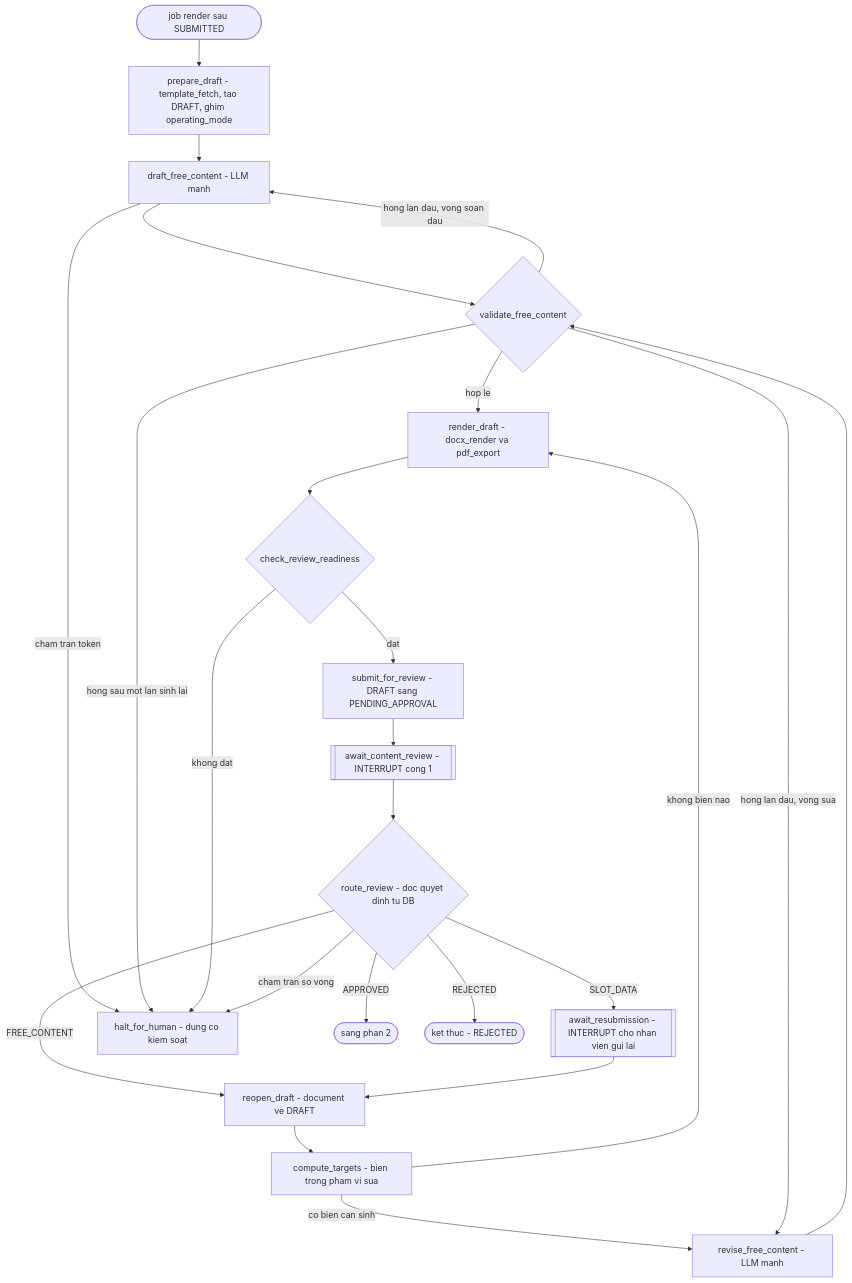
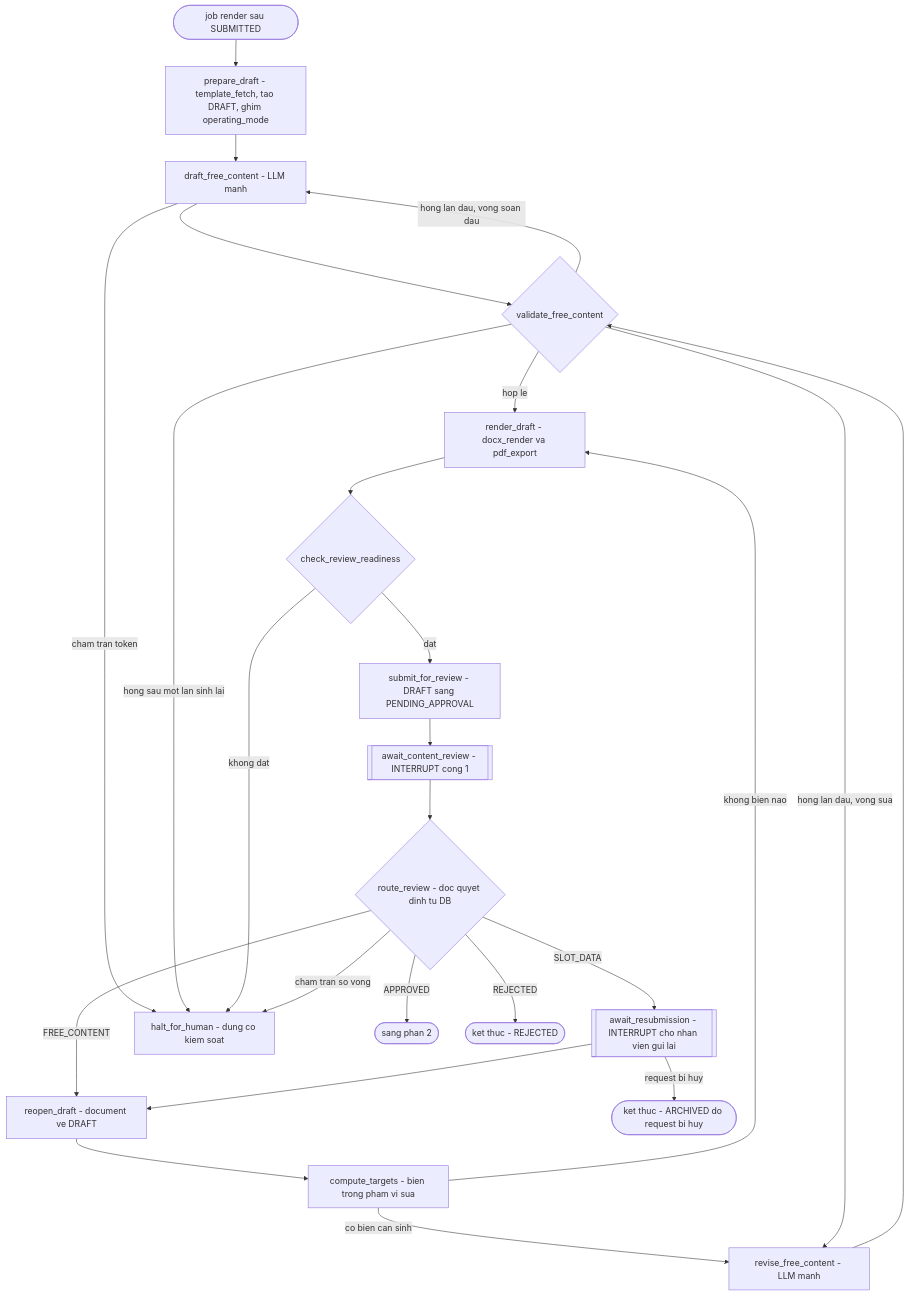
The second of 3 diagrams in docs/design/03-agents.md (CongDuc02/AdminServiceDeskAgent), drawn with Mermaid before and after one commit. The commit also changed other lines of this file and 11 other files, not shown here.

````diff
--- a/docs/design/03-agents.md
+++ b/docs/design/03-agents.md
@@ -437,43 +456,45 @@
 ```mermaid
 flowchart TD
     START_D([job render sau SUBMITTED])
     prepare_draft[prepare_draft - template_fetch, tao DRAFT, ghim operating_mode]
     draft_free_content[draft_free_content - LLM manh]
     validate_free_content{validate_free_content}
     render_draft[render_draft - docx_render va pdf_export]
     check_readiness{check_review_readiness}
     submit_for_review[submit_for_review - DRAFT sang PENDING_APPROVAL]
     await_content_review[[await_content_review - INTERRUPT cong 1]]
     route_review{route_review - doc quyet dinh tu DB}
     reopen_draft[reopen_draft - document ve DRAFT]
     await_resubmission[[await_resubmission - INTERRUPT cho nhan vien gui lai]]
     compute_targets[compute_targets - bien trong pham vi sua]
     revise_free_content[revise_free_content - LLM manh]
     halt_for_human[halt_for_human - dung co kiem soat]
     TO_POST([sang phan 2])
     END_R([ket thuc - REJECTED])
+    END_C([ket thuc - ARCHIVED do request bi huy])
 
     START_D --> prepare_draft
     prepare_draft --> draft_free_content
     draft_free_content --> validate_free_content
     draft_free_content -->|cham tran token| halt_for_human
     validate_free_content -->|hop le| render_draft
     validate_free_content -->|hong sau mot lan sinh lai| halt_for_human
     render_draft --> check_readiness
     check_readiness -->|dat| submit_for_review
     check_readiness -->|khong dat| halt_for_human
     submit_for_review --> await_content_review
     await_content_review --> route_review
     route_review -->|APPROVED| TO_POST
     route_review -->|REJECTED| END_R
     route_review -->|FREE_CONTENT| reopen_draft
     route_review -->|SLOT_DATA| await_resubmission
     route_review -->|cham tran so vong| halt_for_human
     await_resubmission --> reopen_draft
+    await_resubmission -->|request bi huy| END_C
     reopen_draft --> compute_targets
     compute_targets -->|co bien can sinh| revise_free_content
     compute_targets -->|khong bien nao| render_draft
     revise_free_content --> validate_free_content
     validate_free_content -->|hong lan dau, vong soan dau| draft_free_content
     validate_free_content -->|hong lan dau, vong sua| revise_free_content
 ```
````
